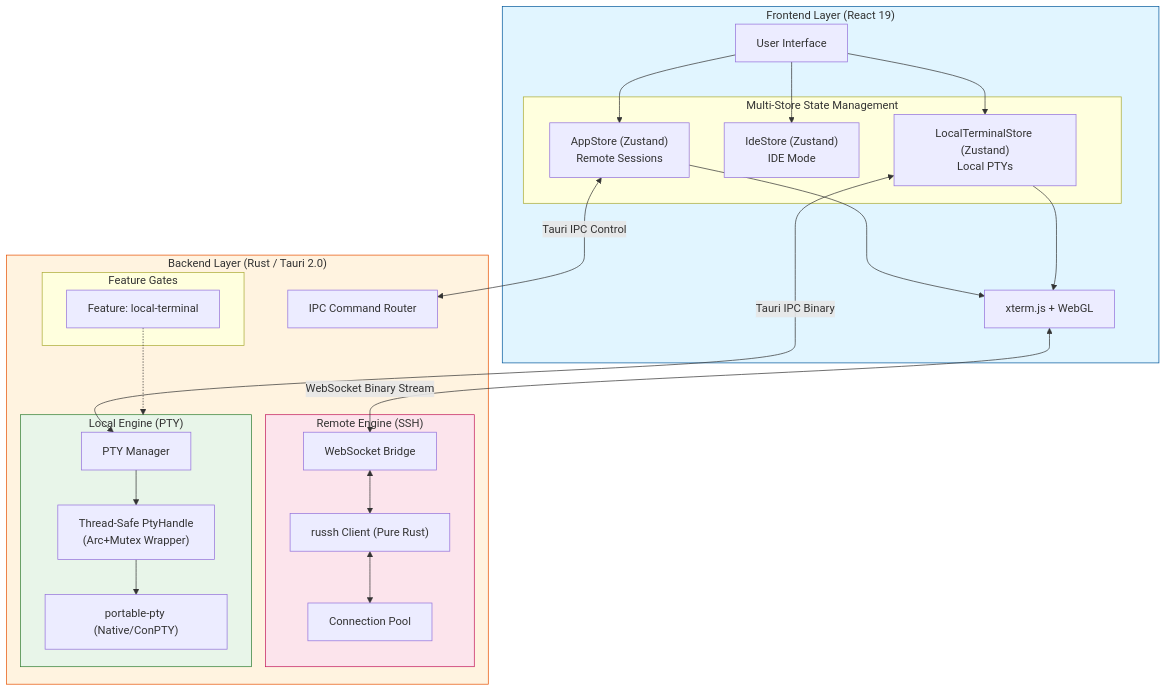
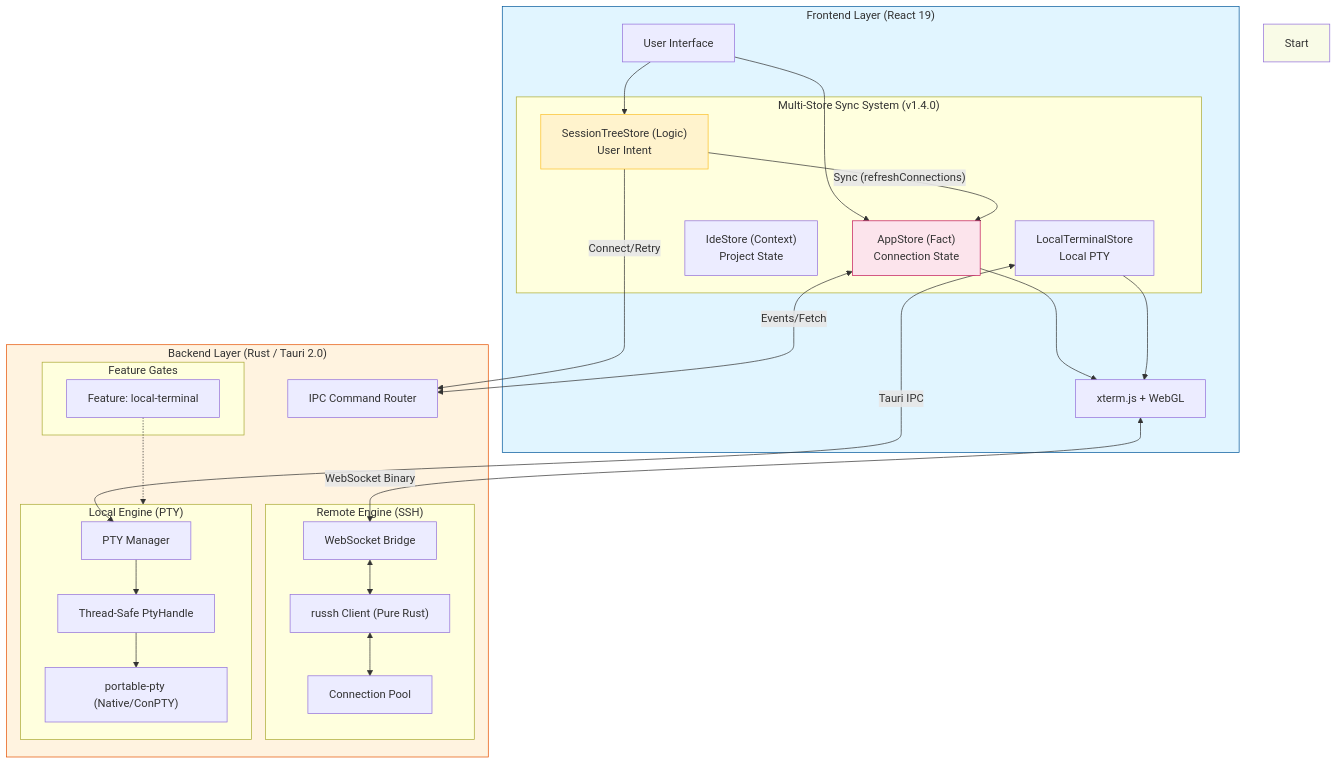
The first of 18 diagrams in docs/ARCHITECTURE.md (AnalyseDeCircuit/OxideTerm), drawn with Mermaid before and after one commit. The commit also changed other lines of this file and 21 other files, not shown here.

````diff
--- a/docs/ARCHITECTURE.md
+++ b/docs/ARCHITECTURE.md
@@ -52,55 +53,60 @@
 ```mermaid
 flowchart TB
     subgraph Frontend ["Frontend Layer (React 19)"]
         UI[User Interface]
         
-        subgraph Stores ["Multi-Store State Management"]
-            RemoteStore["AppStore (Zustand)<br/>Remote Sessions"]
-            IdeStore["IdeStore (Zustand)<br/>IDE Mode"]
-            LocalStore["LocalTerminalStore (Zustand)<br/>Local PTYs"]
+        subgraph Stores ["Multi-Store Sync System (v1.4.0)"]
+            TreeStore["SessionTreeStore (Logic)<br/>User Intent"]
+            RemoteStore["AppStore (Fact)<br/>Connection State"]
+            IdeStore["IdeStore (Context)<br/>Project State"]
+            LocalStore["LocalTerminalStore<br/>Local PTY"]
         end
 
         Terminal["xterm.js + WebGL"]
 
+        UI --> TreeStore
         UI --> RemoteStore
-        UI --> IdeStore
-        UI --> LocalStore
+        
+        TreeStore -- "Sync (refreshConnections)" --> RemoteStore
         RemoteStore --> Terminal
         LocalStore --> Terminal
     end
 
     subgraph Backend ["Backend Layer (Rust / Tauri 2.0)"]
         Router["IPC Command Router"]
         
         subgraph Features ["Feature Gates"]
             LocalFeat["Feature: local-terminal"]
         end
 
         subgraph RemoteEngine ["Remote Engine (SSH)"]
             WS["WebSocket Bridge"]
             SSH["russh Client (Pure Rust)"]
             Pool["Connection Pool"]
         end
 
         subgraph LocalEngine ["Local Engine (PTY)"]
             PtyMgr["PTY Manager"]
-            PtyHandle["Thread-Safe PtyHandle<br/>(Arc+Mutex Wrapper)"]
+            PtyHandle["Thread-Safe PtyHandle"]
             NativePTY["portable-pty (Native/ConPTY)"]
         end
     end
 
     %% Data Flows
-    LocalStore <-->|Tauri IPC Binary| PtyMgr
+    LocalStore <-->|Tauri IPC| PtyMgr
     PtyMgr --> PtyHandle --> NativePTY
     
-    RemoteStore <-->|Tauri IPC Control| Router
-    Terminal <-->|WebSocket Binary Stream| WS
+    TreeStore -->|Connect/Retry| Router
+    RemoteStore <-->|Events/Fetch| Router
+    
+    Terminal <-->|WebSocket Binary| WS
     WS <--> SSH <--> Pool
     
     LocalFeat -.-> LocalEngine
     
     style Frontend fill:#e1f5ff,stroke:#01579b
     style Backend fill:#fff3e0,stroke:#e65100
-    style LocalEngine fill:#e8f5e9,stroke:#2e7d32
-    style RemoteEngine fill:#fce4ec,stroke:#c2185b
+    style Start fill:#f9fbe7
+    style TreeStore fill:#fff3cd,stroke:#fbc02d
+    style RemoteStore fill:#fce4ec,stroke:#c2185b
 ```
````
